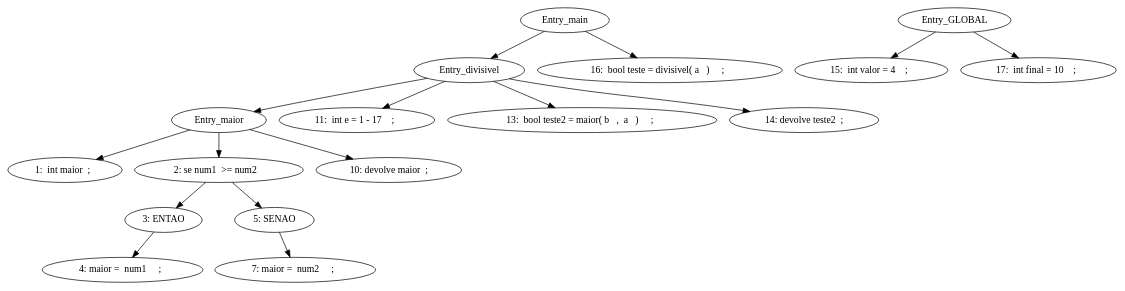
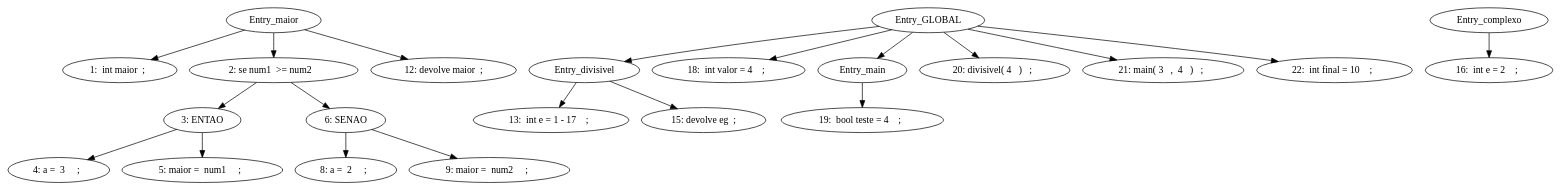
Before and after one commit to Yakari144/ImperativeLanguageAnalyser: the diagram in sdg.dot, drawn with Graphviz. The commit also changed 7 other files, not shown here.

```diff
--- a/sdg.dot
+++ b/sdg.dot
@@ -1,17 +1,21 @@
 digraph G {
 "Entry_maior" -> "1:  int maior  ;  "
 "Entry_maior" -> "2: se num1  >= num2   "
 "2: se num1  >= num2   " -> "3: ENTAO"
-"3: ENTAO" -> "4: maior =  num1     ;  "
-"2: se num1  >= num2   " -> "5: SENAO"
-"5: SENAO" -> "7: maior =  num2     ;  "
-"Entry_maior" -> "10: devolve maior  ; "
-"Entry_divisivel" -> "11:  int e = 1 - 17    ;  "
-"Entry_divisivel" -> "Entry_maior"
-"Entry_divisivel" -> "13:  bool teste2 = maior( b   ,  a   )     ;  "
-"Entry_divisivel" -> "14: devolve teste2  ; "
-Entry_GLOBAL -> "15:  int valor = 4    ;  "
-"Entry_main" -> "Entry_divisivel"
-"Entry_main" -> "16:  bool teste = divisivel( a   )     ;  "
-Entry_GLOBAL -> "17:  int final = 10    ;  "
+"3: ENTAO" -> "4: a =  3     ;  "
+"3: ENTAO" -> "5: maior =  num1     ;  "
+"2: se num1  >= num2   " -> "6: SENAO"
+"6: SENAO" -> "8: a =  2     ;  "
+"6: SENAO" -> "9: maior =  num2     ;  "
+"Entry_maior" -> "12: devolve maior  ; "
+"Entry_divisivel" -> "13:  int e = 1 - 17    ;  "
+"Entry_divisivel" -> "15: devolve eg  ; "
+"Entry_complexo" -> "16:  int e = 2    ;  "
+Entry_GLOBAL -> "18:  int valor = 4    ;  "
+"Entry_main" -> "19:  bool teste = 4    ;  "
+Entry_GLOBAL -> "Entry_divisivel"
+Entry_GLOBAL -> "20: divisivel( 4   )   ;  "
+Entry_GLOBAL -> "Entry_main"
+Entry_GLOBAL -> "21: main( 3   ,  4   )   ;  "
+Entry_GLOBAL -> "22:  int final = 10    ;  "
 }
```
